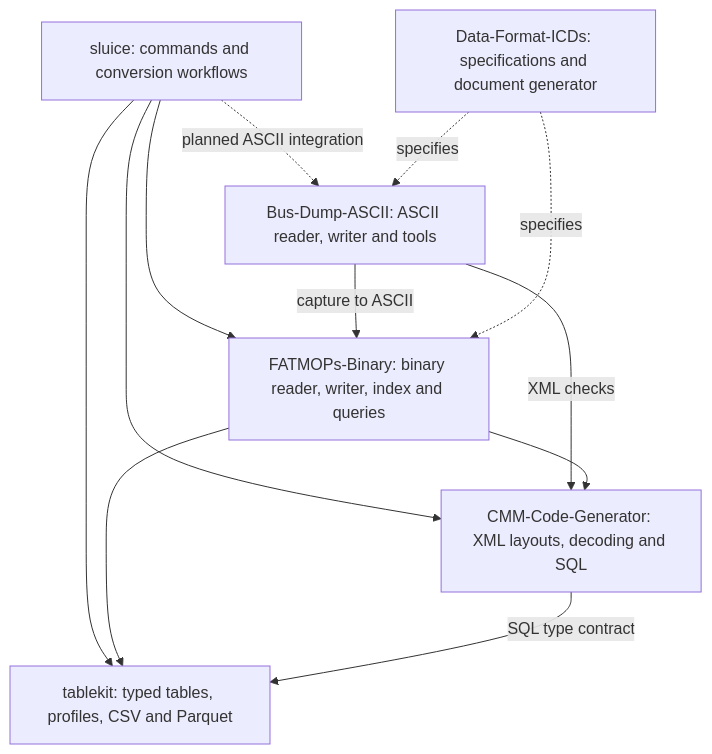
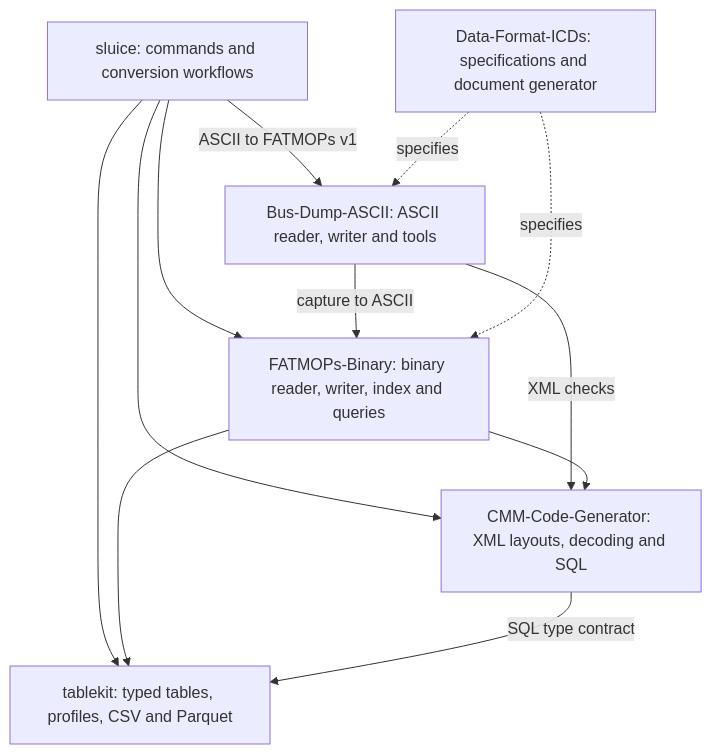
One commit to joey-huckabee/tablekit changed the first of 2 diagrams in docs/PROJECT-MAP.md. Above: the diagram before and after it, drawn with Mermaid. The commit also changed other lines of this file, not shown here.

Commit message:
Document normal ASCII conversion in project maps

````diff
--- a/docs/PROJECT-MAP.md
+++ b/docs/PROJECT-MAP.md
@@ -18,20 +18,20 @@
 ```mermaid
 flowchart TB
   SL["sluice: commands and conversion workflows"]
   BD["Bus-Dump-ASCII: ASCII reader, writer and tools"]
   FB["FATMOPs-Binary: binary reader, writer, index and queries"]
   CM["CMM-Code-Generator: XML layouts, decoding and SQL"]
   TK["tablekit: typed tables, profiles, CSV and Parquet"]
   ICD["Data-Format-ICDs: specifications and document generator"]
   SL --> FB
   SL --> CM
   SL --> TK
   BD -->|capture to ASCII| FB
   BD -->|XML checks| CM
   FB --> CM
   FB --> TK
   CM -->|SQL type contract| TK
-  SL -.->|planned ASCII integration| BD
+  SL -->|ASCII to FATMOPs v1| BD
   ICD -.->|specifies| BD
   ICD -.->|specifies| FB
 ```
````
